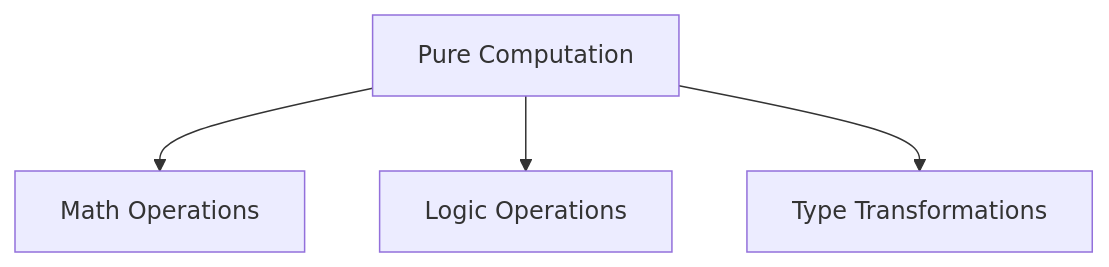
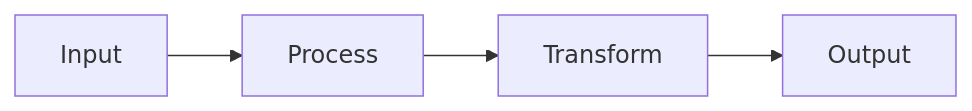
Before and after one commit to badaitech/badai-docs: the first of 12 diagrams in docs/03_chain_graph/nodes.md, drawn with Mermaid. The commit also changed other lines of this file and 6 other files, not shown here.

````diff
--- a/docs/03_chain_graph/nodes.md
+++ b/docs/03_chain_graph/nodes.md
@@ -12,6 +194,4 @@
 ```mermaid
-graph TD
-    A[Pure Computation] --> B[Math Operations]
-    A --> C[Logic Operations]
-    A --> D[Type Transformations]
+graph LR
+    A[Input] --> B[Process] --> C[Transform] --> D[Output]
 ```
````
